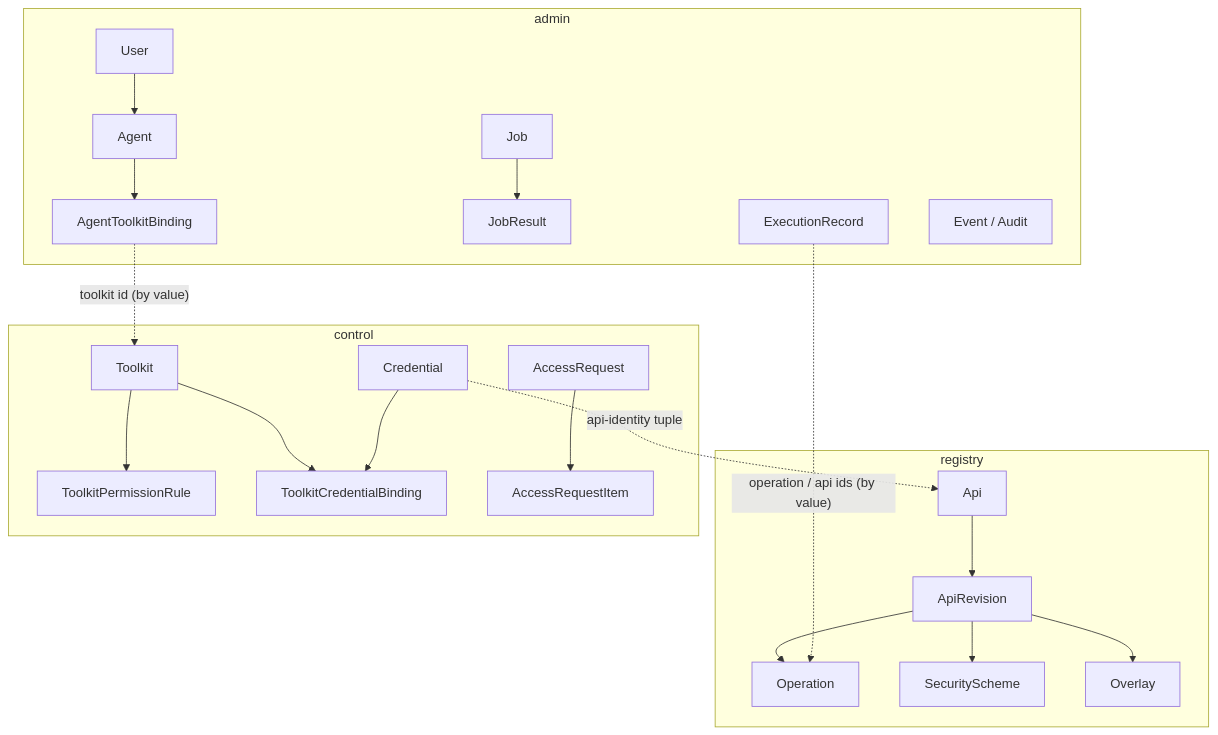
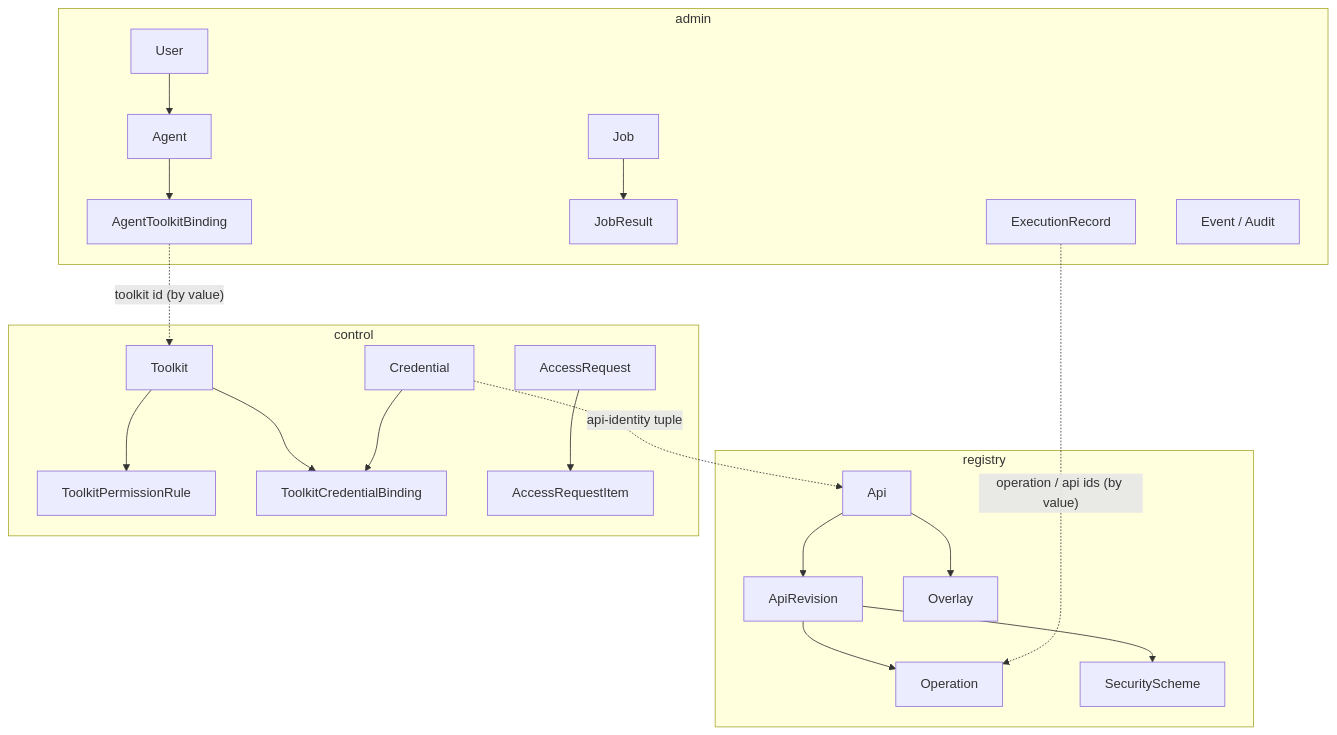
The diagram in docs/architecture/data-model.md (jentic/jentic-one), drawn with Mermaid before and after one commit. The commit also changed other lines of this file and 37 other files, not shown here.

````diff
--- a/docs/architecture/data-model.md
+++ b/docs/architecture/data-model.md
@@ -32,28 +32,28 @@
 ```mermaid
 flowchart TB
     subgraph rdb [registry]
         Api --> ApiRevision
         ApiRevision --> Operation
         ApiRevision --> SecurityScheme
-        ApiRevision --> Overlay
+        Api --> Overlay
     end
 
     subgraph cdb [control]
         Toolkit --> ToolkitPermissionRule
         Toolkit --> ToolkitCredentialBinding
         Credential --> ToolkitCredentialBinding
         AccessRequest --> AccessRequestItem
     end
 
     subgraph adb [admin]
         User --> Agent
         Agent --> AgentToolkitBinding
         Job --> JobResult
         ExecutionRecord
         Events["Event / Audit"]
     end
 
     Credential -. "api-identity tuple" .-> Api
     AgentToolkitBinding -. "toolkit id (by value)" .-> Toolkit
     ExecutionRecord -. "operation / api ids (by value)" .-> Operation
 ```
````
